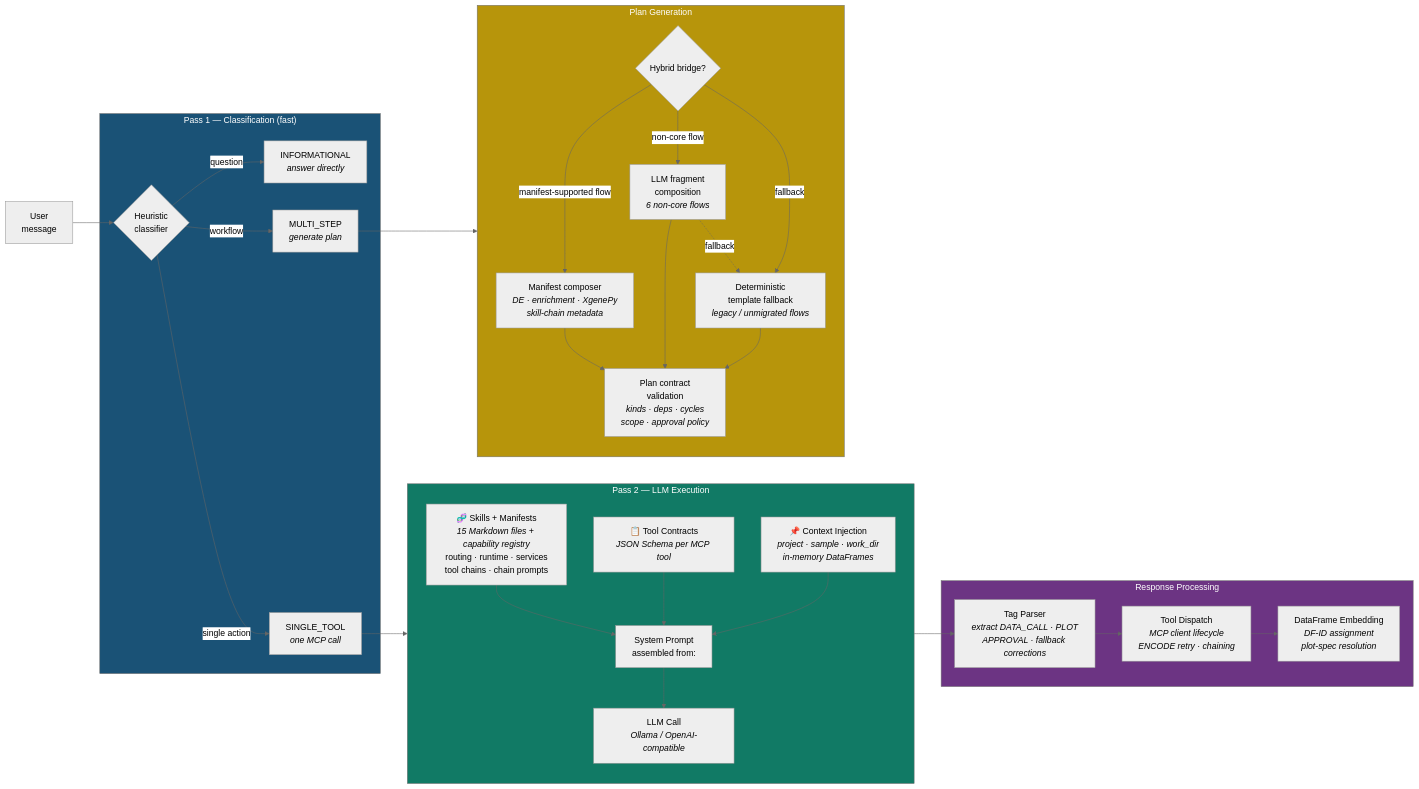
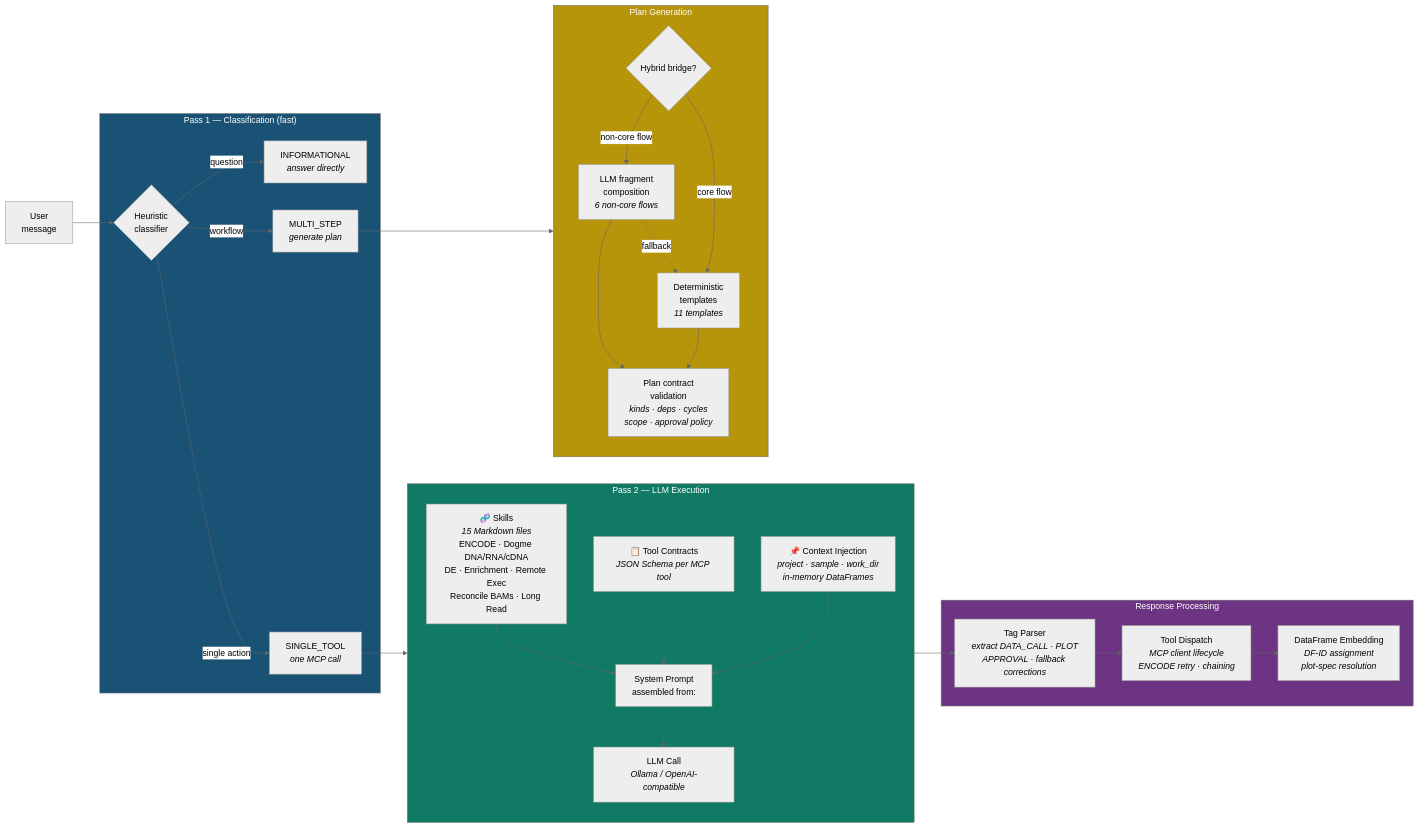
Diagram 13 of 19 in docs/architecture_diagrams.md (mortazavilab/agoutic), drawn with Mermaid (neutral theme) before and after one commit. The commit also changed other lines of this file and 16 other files, not shown here.

````diff
--- a/docs/architecture_diagrams.md
+++ b/docs/architecture_diagrams.md
@@ -99,56 +660,54 @@
 ```mermaid
 flowchart LR
     Msg["User<br/>message"]
 
     subgraph Pass1 ["Pass 1 — Classification (fast)"]
         Classify{"Heuristic<br/>classifier"}
         Info["INFORMATIONAL<br/><i>answer directly</i>"]
         Single["SINGLE_TOOL<br/><i>one MCP call</i>"]
         Multi["MULTI_STEP<br/><i>generate plan</i>"]
     end
 
     subgraph Pass2 ["Pass 2 — LLM Execution"]
         direction TB
         Prompt["System Prompt<br/>assembled from:"]
-        Skills["🧬 Skills + Manifests<br/><i>15 Markdown files + capability registry</i><br/>routing · runtime · services<br/>tool chains · chain prompts"]
+        Skills["🧬 Skills<br/><i>15 Markdown files</i><br/>ENCODE · Dogme DNA/RNA/cDNA<br/>DE · Enrichment · Remote Exec<br/>Reconcile BAMs · Long Read"]
         Contracts["📋 Tool Contracts<br/><i>JSON Schema per MCP tool</i>"]
         Context["📌 Context Injection<br/><i>project · sample · work_dir<br/>in-memory DataFrames</i>"]
         LLM["LLM Call<br/><i>Ollama / OpenAI-compatible</i>"]
     end
 
     subgraph Planning ["Plan Generation"]
         direction TB
         Hybrid{"Hybrid bridge?"}
-        ManifestPlan["Manifest composer<br/><i>DE · enrichment · XgenePy<br/>skill-chain metadata</i>"]
         LLMPlan["LLM fragment<br/>composition<br/><i>6 non-core flows</i>"]
-        Templates["Deterministic<br/>template fallback<br/><i>legacy / unmigrated flows</i>"]
+        Templates["Deterministic<br/>templates<br/><i>11 templates</i>"]
         Validate2["Plan contract<br/>validation<br/><i>kinds · deps · cycles<br/>scope · approval policy</i>"]
     end
 
     subgraph Output ["Response Processing"]
         TagParser["Tag Parser<br/><i>extract DATA_CALL · PLOT<br/>APPROVAL · fallback corrections</i>"]
         ToolDispatch["Tool Dispatch<br/><i>MCP client lifecycle<br/>ENCODE retry · chaining</i>"]
         DFEmbed["DataFrame Embedding<br/><i>DF-ID assignment<br/>plot-spec resolution</i>"]
     end
 
     Msg --> Classify
     Classify -->|question| Info
     Classify -->|single action| Single
     Classify -->|workflow| Multi
     Single --> Prompt
     Multi --> Planning
-    Hybrid -->|manifest-supported flow| ManifestPlan --> Validate2
     Hybrid -->|non-core flow| LLMPlan --> Validate2
-    Hybrid -->|fallback| Templates --> Validate2
+    Hybrid -->|core flow| Templates --> Validate2
     LLMPlan -.->|fallback| Templates
     Skills --> Prompt
     Contracts --> Prompt
     Context --> Prompt
     Prompt --> LLM
     LLM --> TagParser --> ToolDispatch --> DFEmbed
 
     style Pass1 fill:#1a5276,color:#fff
     style Pass2 fill:#117a65,color:#fff
     style Planning fill:#b7950b,color:#fff
     style Output fill:#6c3483,color:#fff
 ```
````
